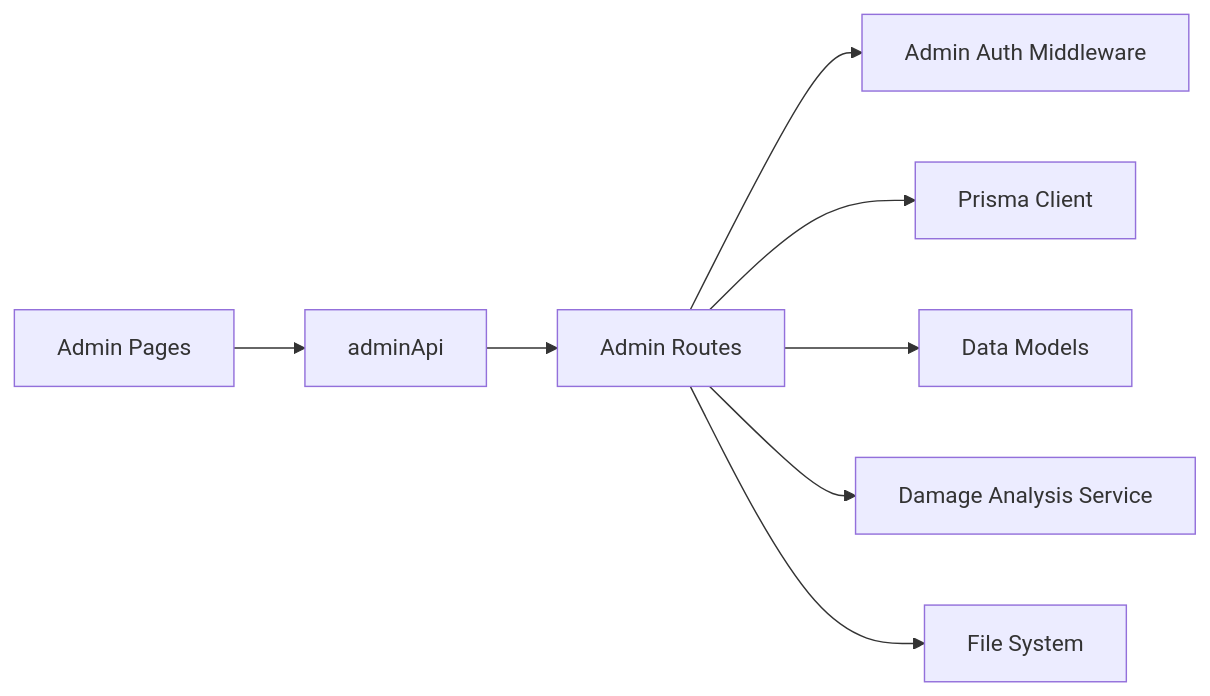
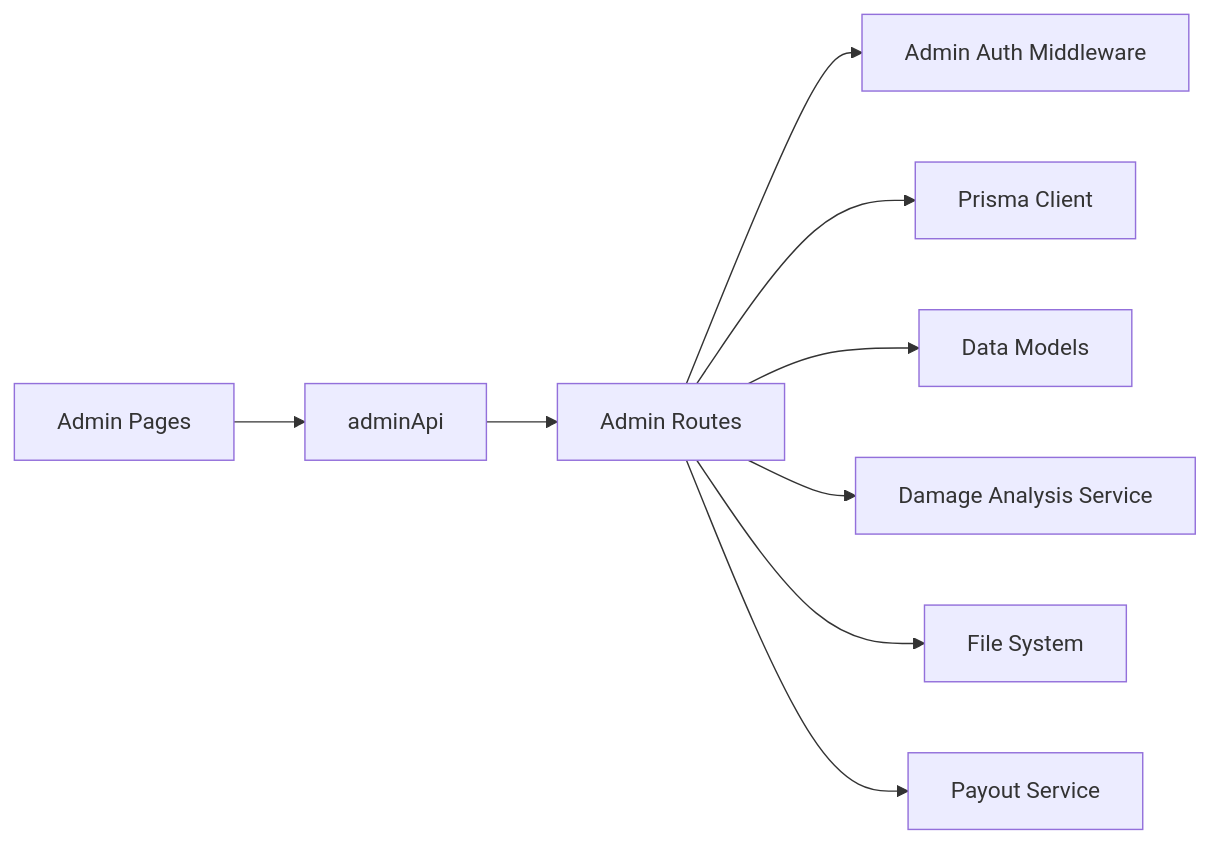
Before and after one commit to NaveenHiranya/Smart-Vehicle-Insurance-Claim-System: diagram 12 of 12 in .qoder/repowiki/en/content/Backend Documentation/API Endpoints Reference/Administrative Endpoints.md, drawn with Mermaid. The commit also changed other lines of this file and 21 other files, not shown here.

````diff
--- a/.qoder/repowiki/en/content/Backend Documentation/API Endpoints Reference/Administrative Endpoints.md
+++ b/.qoder/repowiki/en/content/Backend Documentation/API Endpoints Reference/Administrative Endpoints.md
@@ -556,10 +568,11 @@
 ```mermaid
 graph LR
 AdminRoutes["Admin Routes"] --> AdminAuth["Admin Auth Middleware"]
 AdminRoutes --> Prisma["Prisma Client"]
 AdminRoutes --> Models["Data Models"]
 AdminRoutes --> DamageSvc["Damage Analysis Service"]
 AdminRoutes --> FileSys["File System"]
+AdminRoutes --> PayoutSvc["Payout Service"]
 AdminPages["Admin Pages"] --> AdminAPI["adminApi"]
 AdminAPI --> AdminRoutes
 ```
````
